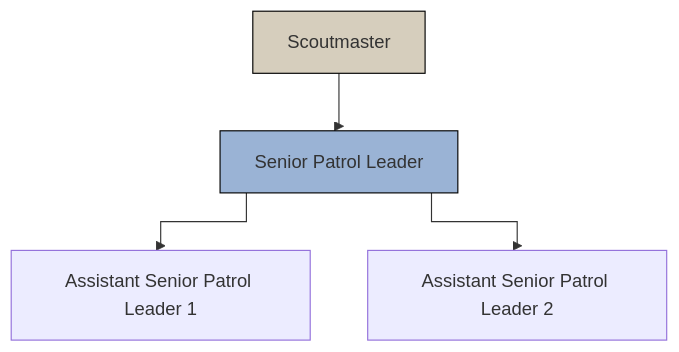
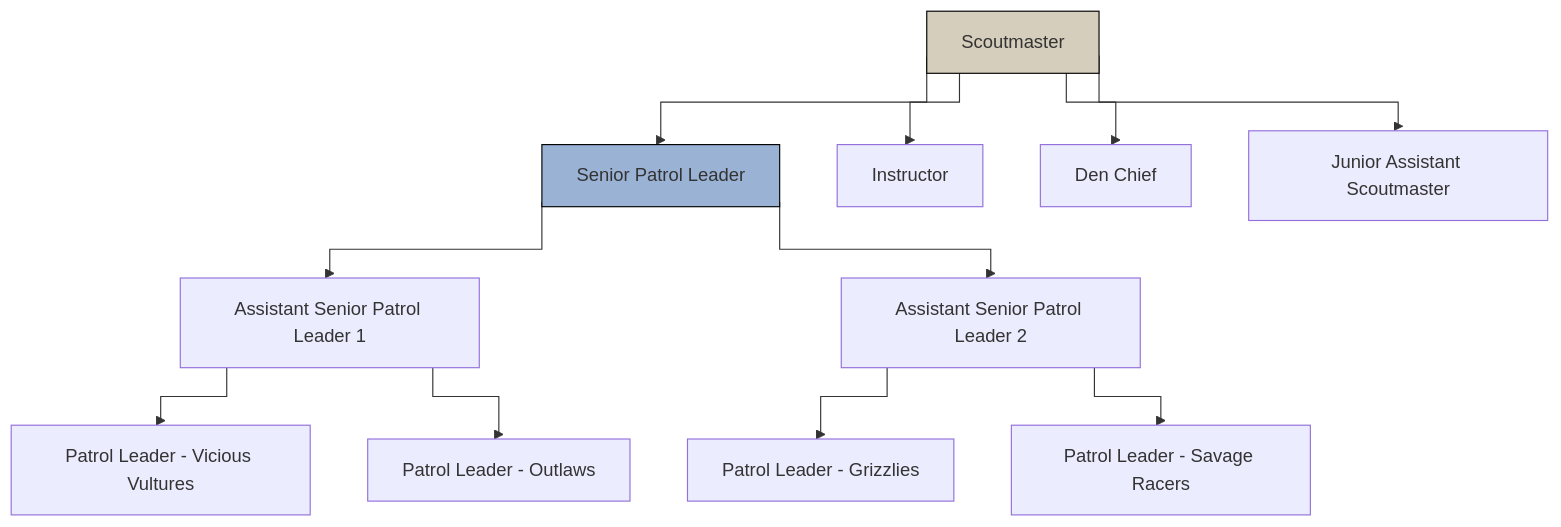
The diagram in unit-docs/troop-303/troop-leadership.mdx (scouting331/scoutSite), drawn with Mermaid before and after one commit. The commit also changed other lines of this file, not shown here.

Commit message:
Update mermaid diagram

````diff
--- a/unit-docs/troop-303/troop-leadership.mdx
+++ b/unit-docs/troop-303/troop-leadership.mdx
@@ -7,22 +11,37 @@
 ```mermaid
 ---
 config:
   flowchart:
     curve: stepBefore
 ---
 
 flowchart TB
   style sm fill:#D6CEBD, stroke:#000
   style spl fill:#9AB3D5, stroke:#000
 
-  click sm "#Scoutmaster"
-  click spl "#Senior Patrol Leader"
+  click sm "#scoutmaster"
+  click spl "#senior-patrol-leader"
 
   sm["Scoutmaster"]
   spl["Senior Patrol Leader"]
   aspl1["Assistant Senior Patrol Leader 1"]
   aspl2["Assistant Senior Patrol Leader 2"]
+  instr["Instructor"]
+  dc["Den Chief"]
+  jasm["Junior Assistant Scoutmaster"]
+  pl-vv["Patrol Leader - Vicious Vultures"]
+  pl-out["Patrol Leader - Outlaws"]
+  pl-grizz["Patrol Leader - Grizzlies"]
+  pl-sr["Patrol Leader - Savage Racers"]
+  
   sm --> spl
+  sm --> instr
+  sm --> dc
+  sm --> jasm
   spl --> aspl1
   spl --> aspl2
+  aspl1 --> pl-vv
+  aspl1 --> pl-out
+  aspl2 --> pl-grizz
+  aspl2 --> pl-sr
 ```
````
